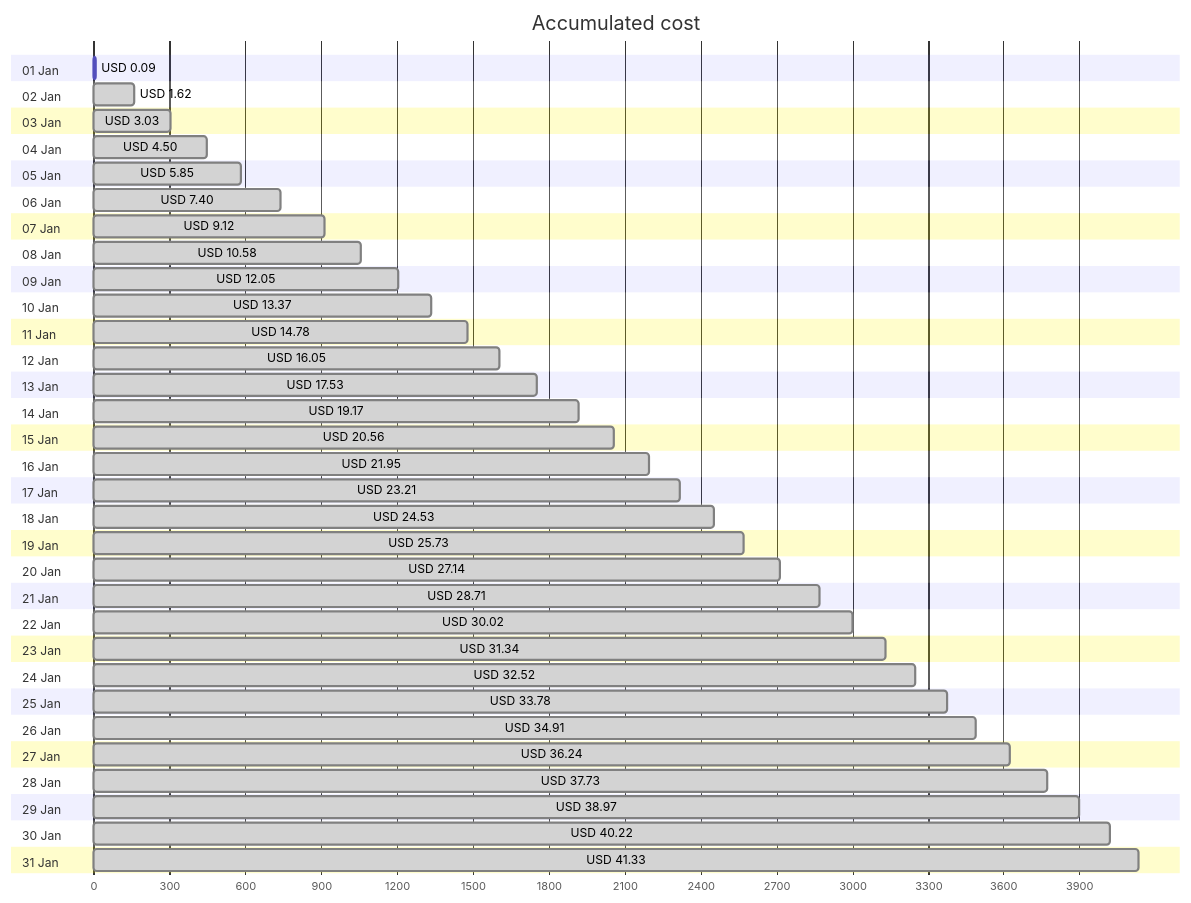
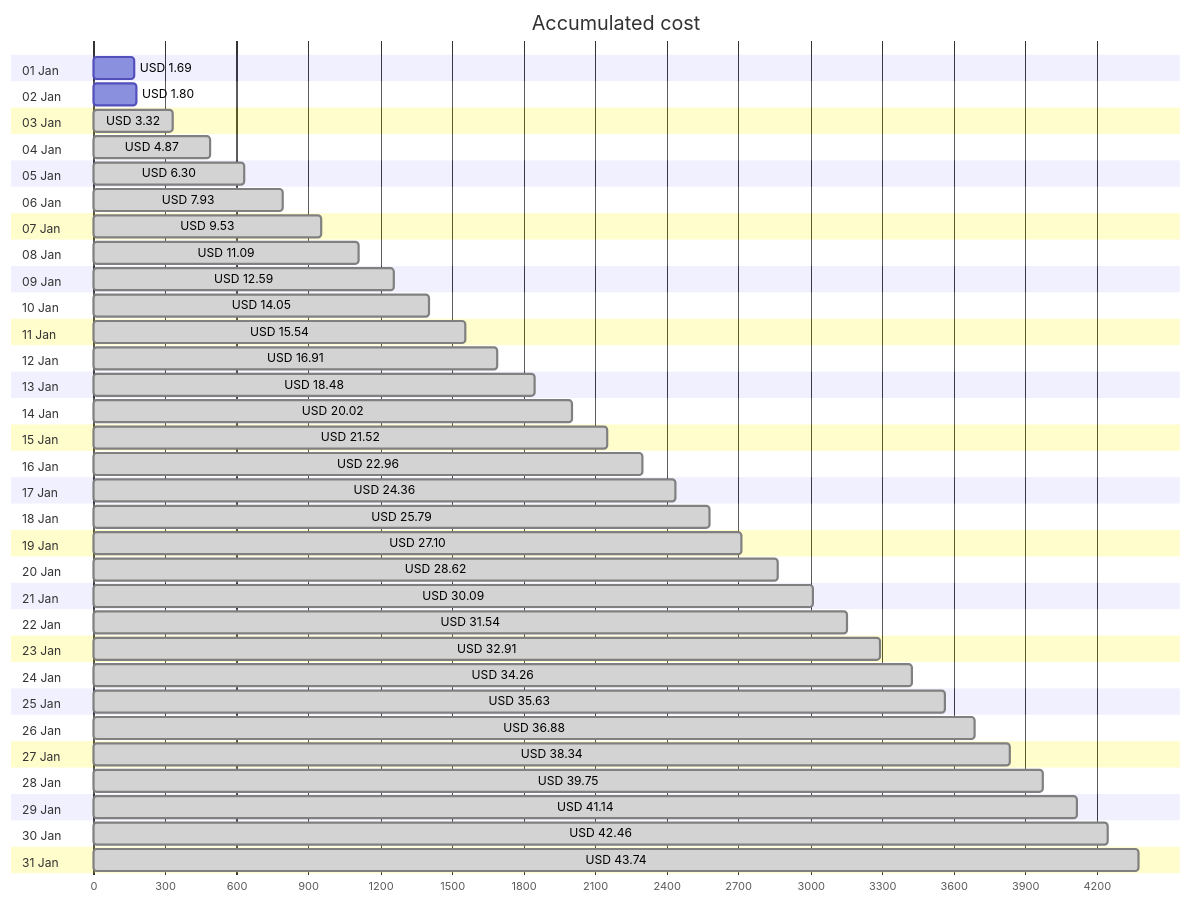
One commit to jpfulton/azure-personal-reports changed the first of 4 diagrams in cost-reports/personal-network/README.md. Above: the diagram before and after it, drawn with Mermaid. The commit also changed other lines of this file and 8 other files, not shown here.

````diff
--- a/cost-reports/personal-network/README.md
+++ b/cost-reports/personal-network/README.md
@@ -20,68 +20,68 @@
 ```mermaid
 gantt
    title Accumulated cost
    dateFormat  X
    axisFormat %s
    section 01 Jan
-   USD 0.09 :0, 9
+   USD 1.69 :0, 169
    section 02 Jan
-   USD 1.62 : done, 0, 162
+   USD 1.80 :0, 180
    section 03 Jan
-   USD 3.03 : done, 0, 303
+   USD 3.32 : done, 0, 332
    section 04 Jan
-   USD 4.50 : done, 0, 450
+   USD 4.87 : done, 0, 487
    section 05 Jan
-   USD 5.85 : done, 0, 585
+   USD 6.30 : done, 0, 630
    section 06 Jan
-   USD 7.40 : done, 0, 740
+   USD 7.93 : done, 0, 793
    section 07 Jan
-   USD 9.12 : done, 0, 912
+   USD 9.53 : done, 0, 953
    section 08 Jan
-   USD 10.58 : done, 0, 1058
+   USD 11.09 : done, 0, 1109
    section 09 Jan
-   USD 12.05 : done, 0, 1205
+   USD 12.59 : done, 0, 1259
    section 10 Jan
-   USD 13.37 : done, 0, 1337
+   USD 14.05 : done, 0, 1405
    section 11 Jan
-   USD 14.78 : done, 0, 1478
+   USD 15.54 : done, 0, 1554
    section 12 Jan
-   USD 16.05 : done, 0, 1605
+   USD 16.91 : done, 0, 1691
    section 13 Jan
-   USD 17.53 : done, 0, 1753
+   USD 18.48 : done, 0, 1848
    section 14 Jan
-   USD 19.17 : done, 0, 1917
+   USD 20.02 : done, 0, 2002
    section 15 Jan
-   USD 20.56 : done, 0, 2056
+   USD 21.52 : done, 0, 2152
    section 16 Jan
-   USD 21.95 : done, 0, 2195
+   USD 22.96 : done, 0, 2296
    section 17 Jan
-   USD 23.21 : done, 0, 2321
+   USD 24.36 : done, 0, 2436
    section 18 Jan
-   USD 24.53 : done, 0, 2453
+   USD 25.79 : done, 0, 2579
    section 19 Jan
-   USD 25.73 : done, 0, 2573
+   USD 27.10 : done, 0, 2710
    section 20 Jan
-   USD 27.14 : done, 0, 2714
+   USD 28.62 : done, 0, 2862
    section 21 Jan
-   USD 28.71 : done, 0, 2871
+   USD 30.09 : done, 0, 3009
    section 22 Jan
-   USD 30.02 : done, 0, 3002
+   USD 31.54 : done, 0, 3154
    section 23 Jan
-   USD 31.34 : done, 0, 3134
+   USD 32.91 : done, 0, 3291
    section 24 Jan
-   USD 32.52 : done, 0, 3252
+   USD 34.26 : done, 0, 3426
    section 25 Jan
-   USD 33.78 : done, 0, 3378
+   USD 35.63 : done, 0, 3563
    section 26 Jan
-   USD 34.91 : done, 0, 3491
+   USD 36.88 : done, 0, 3688
    section 27 Jan
-   USD 36.24 : done, 0, 3624
+   USD 38.34 : done, 0, 3834
    section 28 Jan
-   USD 37.73 : done, 0, 3773
+   USD 39.75 : done, 0, 3975
    section 29 Jan
-   USD 38.97 : done, 0, 3897
+   USD 41.14 : done, 0, 4114
    section 30 Jan
-   USD 40.22 : done, 0, 4022
+   USD 42.46 : done, 0, 4246
    section 31 Jan
-   USD 41.33 : done, 0, 4133
+   USD 43.74 : done, 0, 4374
 ```
````
